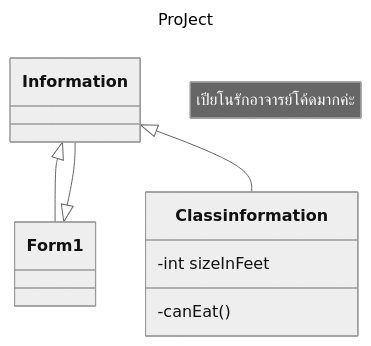
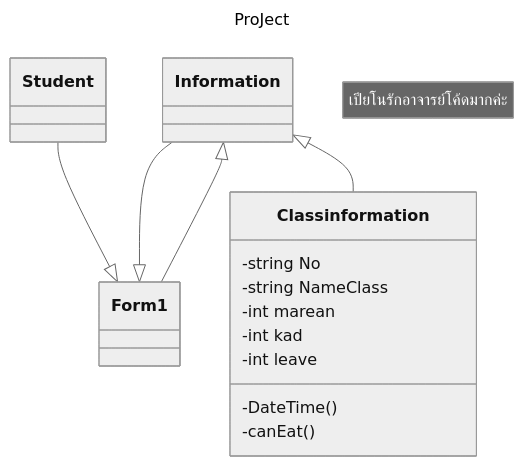
One commit to Natithorn/Test changed the diagram in README.md. Above: the diagram before and after it, drawn with Mermaid (neutral theme).

Commit message:
กฟ

````diff
--- a/README.md
+++ b/README.md
@@ -1,15 +1,21 @@
 ```mermaid
 ---
 title: ProJect
 ---
 classDiagram
     note "เปียโนรักอาจารย์โค้ดมากค่ะ"
     Information <|-- Form1
     Information --|> Form1
+    Student --|> Form1
     Information <|-- Classinformation
     class Classinformation{
-        -int sizeInFeet
+        -string No
+        -string NameClass
+        -int marean
+        -int kad
+        -int leave
+        -DateTime()
         -canEat()
     }
     
 ```
````
